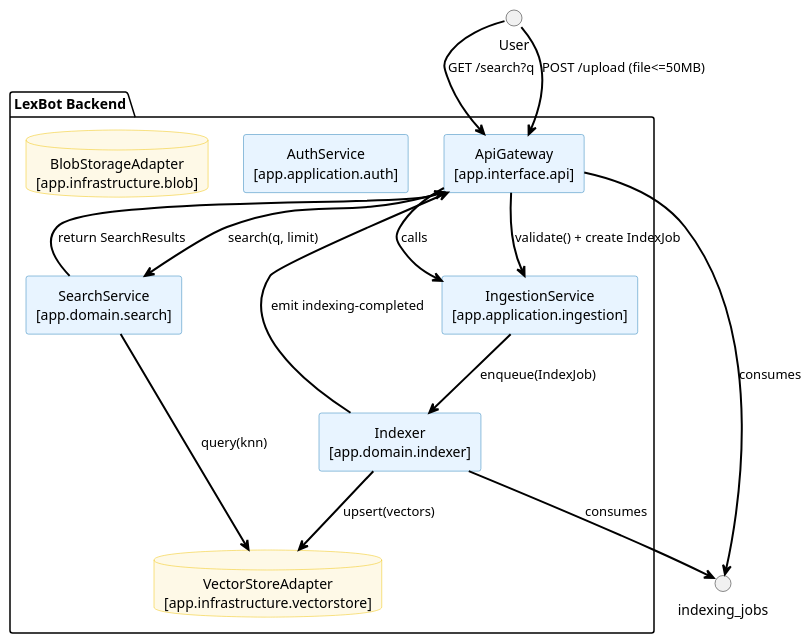
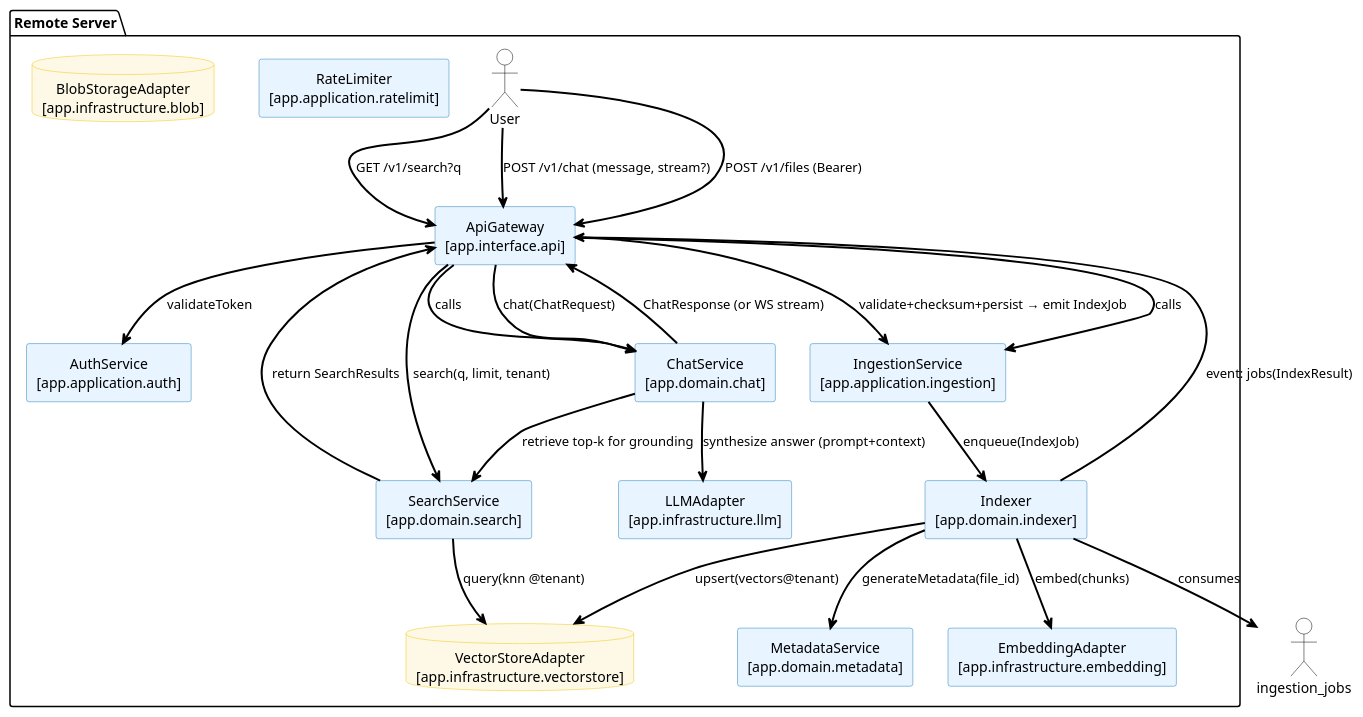
Before and after one commit to vjurcutiu/lbpr1: the diagram in docs/diagrams/c4/c4_plain_light.puml, drawn with PlantUML. The commit also changed 36 other files, not shown here.

```diff
--- a/docs/diagrams/c4/c4_plain_light.puml
+++ b/docs/diagrams/c4/c4_plain_light.puml
@@ -1,46 +1,53 @@
 @startuml
 skinparam backgroundColor #FFFFFF
 skinparam defaultFontColor #000000
 skinparam defaultTextAlignment center
-
-' Components
 skinparam RectangleBackgroundColor #e8f4ff
 skinparam RectangleBorderColor #2980b9
 skinparam RectangleFontColor #000000
-
 skinparam DatabaseBackgroundColor #fef9e7
 skinparam DatabaseBorderColor #f1c40f
 skinparam DatabaseFontColor #000000
-
-' Actors
 skinparam ActorBackgroundColor #FFFFFF
 skinparam ActorBorderColor #000000
 skinparam ActorFontColor #000000
-
-' Relations
 skinparam ArrowColor #000000
 skinparam ArrowThickness 2
 
-package "LexBot Backend" as LexBot_Backend {
+package "Remote Server" as Remote_Server {
+  actor User
   rectangle "ApiGateway\n[app.interface.api]" as ApiGateway
   rectangle "AuthService\n[app.application.auth]" as AuthService
+  rectangle "RateLimiter\n[app.application.ratelimit]" as RateLimiter
   rectangle "IngestionService\n[app.application.ingestion]" as IngestionService
+  rectangle "MetadataService\n[app.domain.metadata]" as MetadataService
   rectangle "Indexer\n[app.domain.indexer]" as Indexer
   rectangle "SearchService\n[app.domain.search]" as SearchService
+  rectangle "ChatService\n[app.domain.chat]" as ChatService
   database "VectorStoreAdapter\n[app.infrastructure.vectorstore]" as VectorStoreAdapter
+  rectangle "EmbeddingAdapter\n[app.infrastructure.embedding]" as EmbeddingAdapter
+  rectangle "LLMAdapter\n[app.infrastructure.llm]" as LLMAdapter
   database "BlobStorageAdapter\n[app.infrastructure.blob]" as BlobStorageAdapter
 }
 
+ApiGateway --> AuthService : validateToken
+ApiGateway --> ChatService : calls
+ApiGateway --> ChatService : chat(ChatRequest)
 ApiGateway --> IngestionService : calls
-ApiGateway --> IngestionService : validate() + create IndexJob
-ApiGateway --> SearchService : search(q, limit)
-ApiGateway --> indexing_jobs : consumes
-Indexer --> ApiGateway : emit indexing-completed
-Indexer --> VectorStoreAdapter : upsert(vectors)
-Indexer --> indexing_jobs : consumes
+ApiGateway --> IngestionService : validate+checksum+persist → emit IndexJob
+ApiGateway --> SearchService : search(q, limit, tenant)
+ChatService --> ApiGateway : ChatResponse (or WS stream)
+ChatService --> LLMAdapter : synthesize answer (prompt+context)
+ChatService --> SearchService : retrieve top-k for grounding
+Indexer --> ApiGateway : event: jobs(IndexResult)
+Indexer --> EmbeddingAdapter : embed(chunks)
+Indexer --> MetadataService : generateMetadata(file_id)
+Indexer --> VectorStoreAdapter : upsert(vectors@tenant)
+Indexer --> ingestion_jobs : consumes
 IngestionService --> Indexer : enqueue(IndexJob)
 SearchService --> ApiGateway : return SearchResults
-SearchService --> VectorStoreAdapter : query(knn)
-User --> ApiGateway : GET /search?q
-User --> ApiGateway : POST /upload (file<=50MB)
+SearchService --> VectorStoreAdapter : query(knn @tenant)
+User --> ApiGateway : GET /v1/search?q
+User --> ApiGateway : POST /v1/chat (message, stream?)
+User --> ApiGateway : POST /v1/files (Bearer)
 @enduml
```
